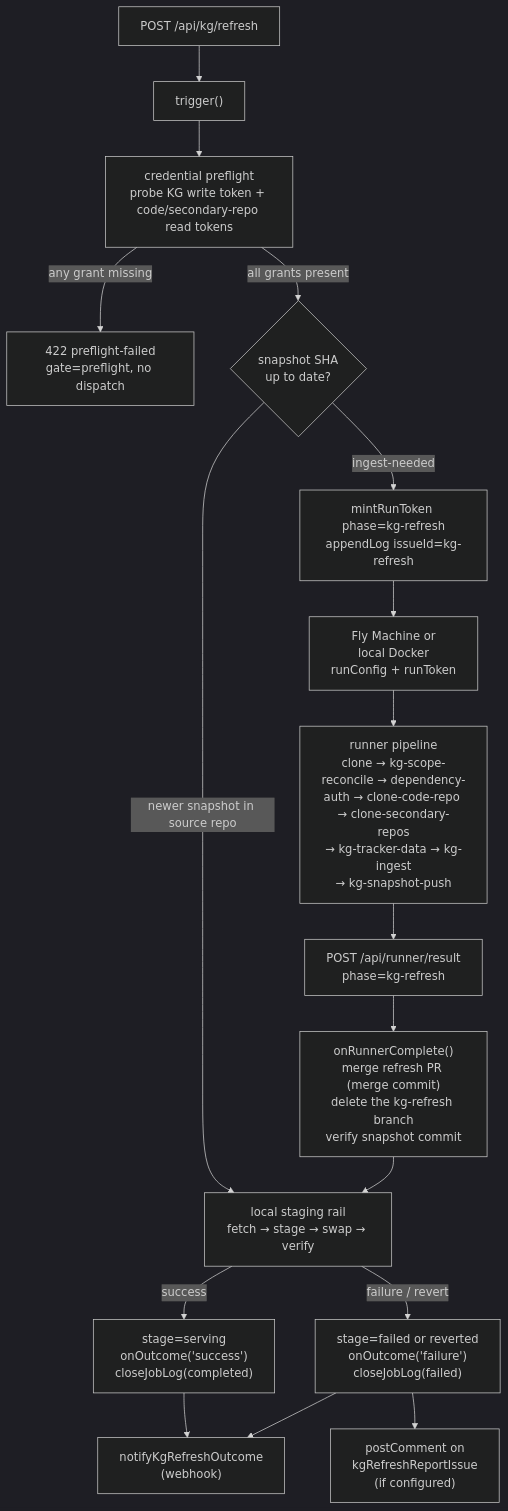
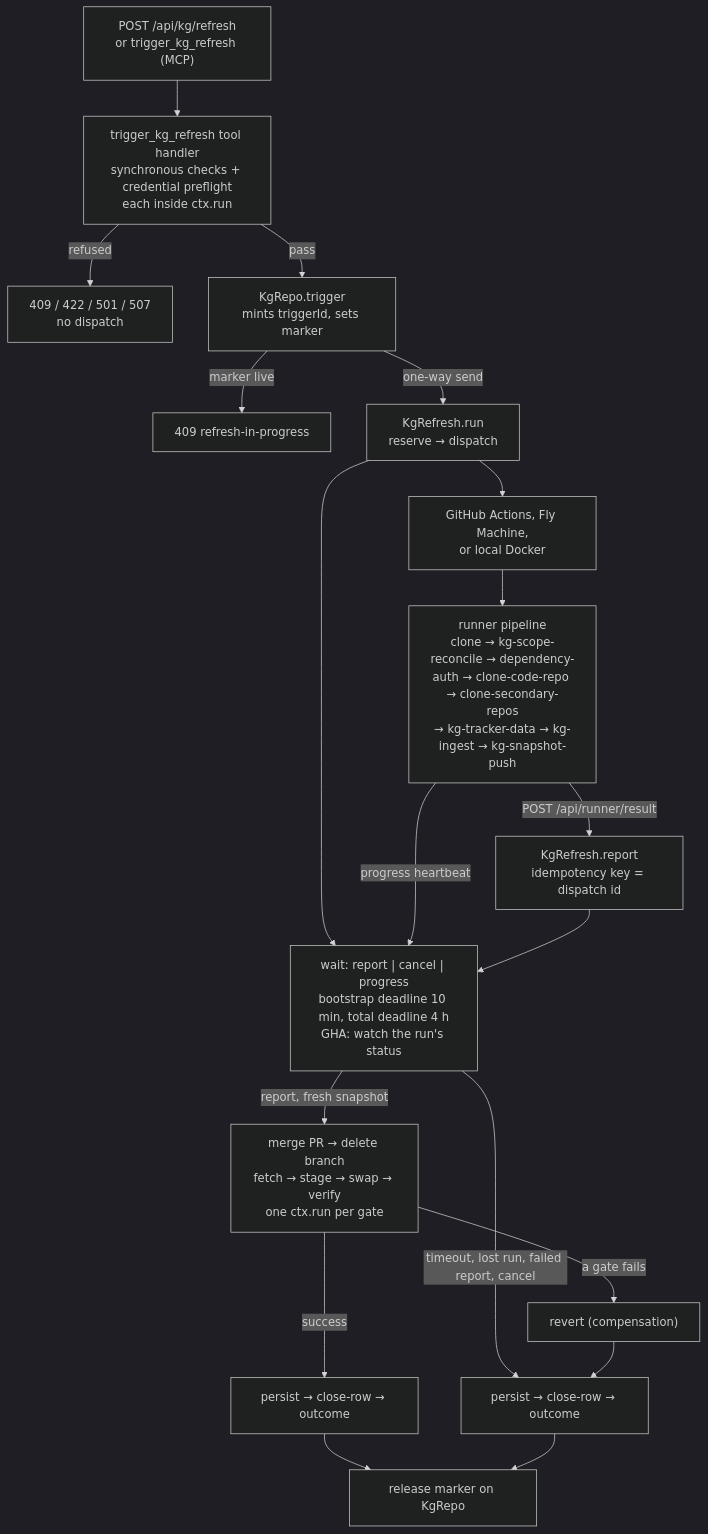
Before and after one commit to BuildDownAI/AI-Implement: the diagram in docs/issueless-runs.md, drawn with Mermaid (dark theme). The commit also changed other lines of this file and 61 other files, not shown here.

````diff
--- a/docs/issueless-runs.md
+++ b/docs/issueless-runs.md
@@ -25,19 +25,21 @@
 ```mermaid
 flowchart TD
-    A["POST /api/kg/refresh"] --> B["trigger()"]
-    B --> PF["credential preflight\nprobe KG write token + code/secondary-repo read tokens"]
-    PF -->|"any grant missing"| PFF["422 preflight-failed\ngate=preflight, no dispatch"]
-    PF -->|"all grants present"| C{"snapshot SHA\nup to date?"}
-    C -->|"newer snapshot in source repo"| H["local staging rail\nfetch → stage → swap → verify"]
-    C -->|"ingest-needed"| D["mintRunToken phase=kg-refresh\nappendLog issueId=kg-refresh"]
-    D --> E["Fly Machine or\nlocal Docker\nrunConfig + runToken"]
-    E --> F["runner pipeline\nclone → kg-scope-reconcile → dependency-auth → clone-code-repo → clone-secondary-repos\n→ kg-tracker-data → kg-ingest\n→ kg-snapshot-push"]
-    F --> G["POST /api/runner/result\nphase=kg-refresh"]
-    G --> I["onRunnerComplete()\nmerge refresh PR (merge commit)\ndelete the kg-refresh branch\nverify snapshot commit"]
-    I --> H
-    H -->|"success"| J["stage=serving\nonOutcome('success')\ncloseJobLog(completed)"]
-    H -->|"failure / revert"| K["stage=failed or reverted\nonOutcome('failure')\ncloseJobLog(failed)"]
-    J --> L["notifyKgRefreshOutcome\n(webhook)"]
-    K --> L
-    K --> M["postComment on\nkgRefreshReportIssue\n(if configured)"]
+    A["POST /api/kg/refresh\nor trigger_kg_refresh (MCP)"] --> B["trigger_kg_refresh tool handler\nsynchronous checks + credential preflight\neach inside ctx.run"]
+    B -->|"refused"| R["409 / 422 / 501 / 507\nno dispatch"]
+    B -->|"pass"| O["KgRepo.trigger\nmints triggerId, sets marker"]
+    O -->|"marker live"| O2["409 refresh-in-progress"]
+    O -->|"one-way send"| W["KgRefresh.run\nreserve → dispatch"]
+    W --> E["GitHub Actions, Fly Machine,\nor local Docker"]
+    E --> F["runner pipeline\nclone → kg-scope-reconcile → dependency-auth → clone-code-repo → clone-secondary-repos\n→ kg-tracker-data → kg-ingest → kg-snapshot-push"]
+    W --> T["wait: report | cancel | progress\nbootstrap deadline 10 min, total deadline 4 h\nGHA: watch the run's status"]
+    F -->|"progress heartbeat"| T
+    F -->|"POST /api/runner/result"| G["KgRefresh.report\nidempotency key = dispatch id"]
+    G --> T
+    T -->|"report, fresh snapshot"| I["merge PR → delete branch\nfetch → stage → swap → verify\none ctx.run per gate"]
+    T -->|"timeout, lost run, failed report, cancel"| K["persist → close-row → outcome"]
+    I -->|"a gate fails"| V["revert (compensation)"]
+    V --> K
+    I -->|"success"| J["persist → close-row → outcome"]
+    J --> Z["release marker on KgRepo"]
+    K --> Z
 ```
````
